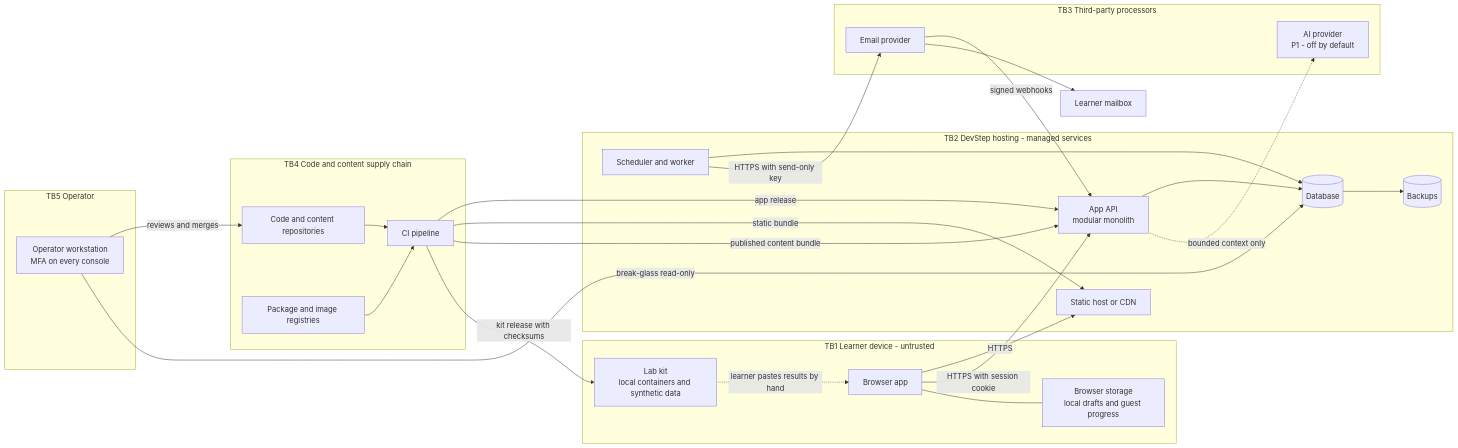
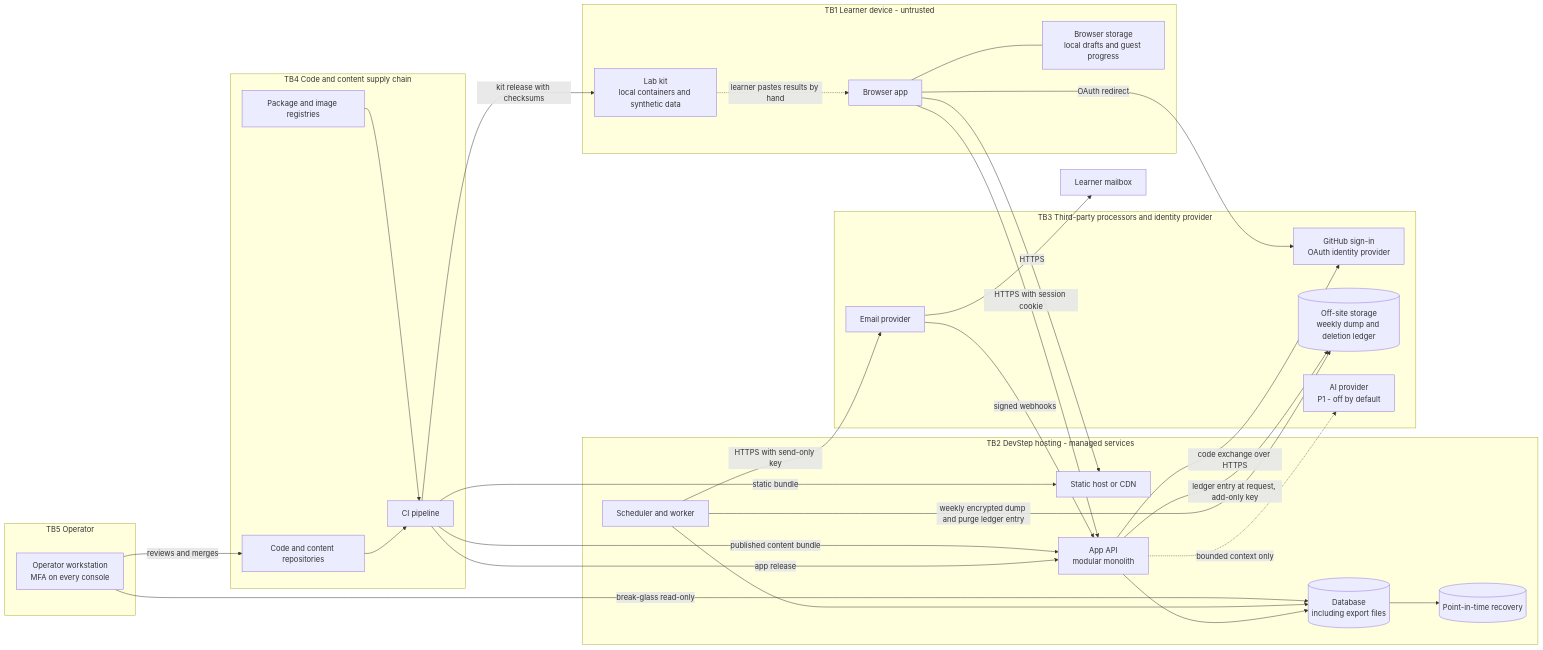
The first of 2 diagrams in devstep/docs/09-security-privacy-ops.md (GhanshyamSoni68/app_idea), drawn with Mermaid before and after one commit. The commit also changed other lines of this file and 3 other files, not shown here.

````diff
--- a/devstep/docs/09-security-privacy-ops.md
+++ b/devstep/docs/09-security-privacy-ops.md
@@ -79,47 +91,53 @@
 ```mermaid
 flowchart LR
   subgraph TB1["TB1 Learner device - untrusted"]
     BR["Browser app"]
     LST["Browser storage<br/>local drafts and guest progress"]
     LK["Lab kit<br/>local containers and synthetic data"]
   end
   INBOX["Learner mailbox"]
   subgraph TB2["TB2 DevStep hosting - managed services"]
     SH["Static host or CDN"]
     API["App API<br/>modular monolith"]
     SCH["Scheduler and worker"]
-    DB[("Database")]
-    BK[("Backups")]
+    DB[("Database<br/>including export files")]
+    BK[("Point-in-time recovery")]
   end
-  subgraph TB3["TB3 Third-party processors"]
+  subgraph TB3["TB3 Third-party processors and identity provider"]
     EM["Email provider"]
+    GH["GitHub sign-in<br/>OAuth identity provider"]
+    OFF[("Off-site storage<br/>weekly dump and deletion ledger")]
     AI["AI provider<br/>P1 - off by default"]
   end
   subgraph TB4["TB4 Code and content supply chain"]
     REPO["Code and content repositories"]
     PKG["Package and image registries"]
     CI["CI pipeline"]
   end
   subgraph TB5["TB5 Operator"]
     OP["Operator workstation<br/>MFA on every console"]
   end
   BR -->|HTTPS| SH
   BR -->|HTTPS with session cookie| API
   BR --- LST
   LK -.->|learner pastes results by hand| BR
   API --> DB
   SCH --> DB
   DB --> BK
+  SCH -->|weekly encrypted dump and purge ledger entry| OFF
+  API -->|ledger entry at request, add-only key| OFF
+  BR -->|OAuth redirect| GH
+  API -->|code exchange over HTTPS| GH
   SCH -->|HTTPS with send-only key| EM
   EM -->|signed webhooks| API
   EM --> INBOX
   API -.->|bounded context only| AI
   REPO --> CI
   PKG --> CI
   CI -->|app release| API
   CI -->|static bundle| SH
   CI -->|published content bundle| API
   CI -->|kit release with checksums| LK
   OP -->|reviews and merges| REPO
   OP -->|break-glass read-only| DB
 ```
````
